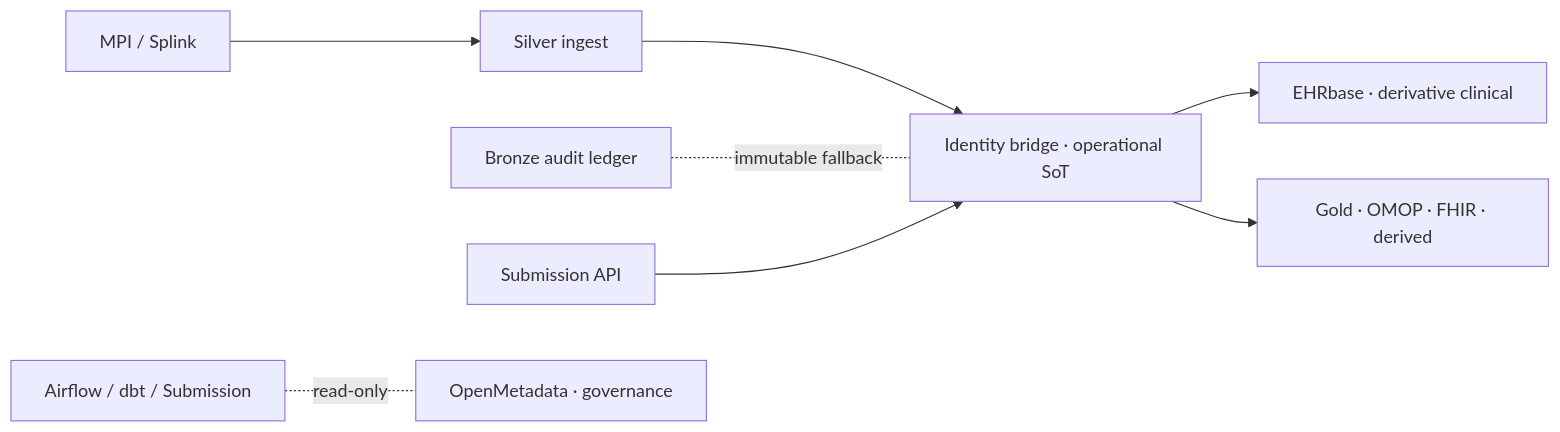
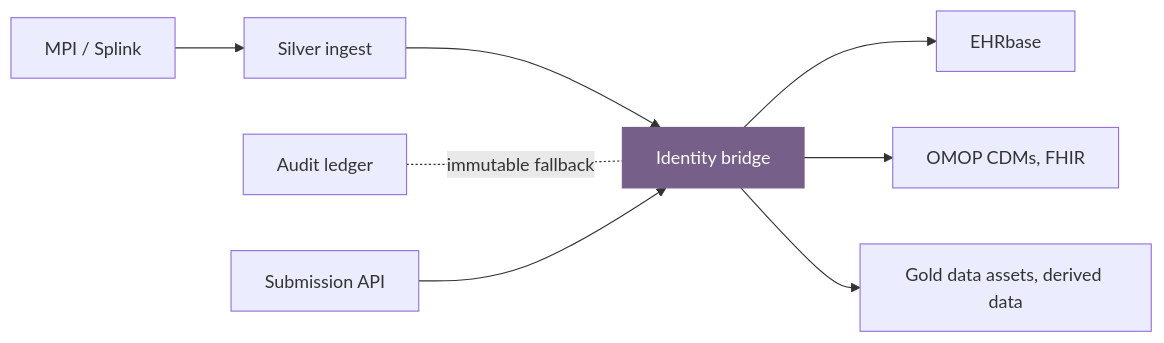
One commit to PedroMTQ/data_architecture_blueprint changed the diagram in slides/pages/07_data_linking.md. Above: the diagram before and after it, drawn with Mermaid. The commit also changed other lines of this file and 5 other files, not shown here.

````diff
--- a/slides/pages/07_data_linking.md
+++ b/slides/pages/07_data_linking.md
@@ -27,10 +27,12 @@
 ```mermaid
 flowchart LR
   MPI[MPI / Splink] --> Ingest[Silver ingest]
-  Ingest --> Bridge[Identity bridge · operational SoT]
-  Ledger[Bronze audit ledger] -.immutable fallback.- Bridge
-  Bridge --> EHR[EHRbase · derivative clinical]
-  Bridge --> Gold[Gold · OMOP · FHIR · derived]
+  Ingest --> Bridge[Identity bridge]
+  Ledger[Audit ledger] -.immutable fallback.- Bridge
+  Bridge --> EHR[EHRbase]
+  Bridge --> Omop[OMOP CDMs, FHIR]
+  Bridge --> Gold[Gold data assets, derived data]
   Sub[Submission API] --> Bridge
-  Pipelines[Airflow / dbt / Submission] -.read-only.- OM[OpenMetadata · governance]
+
+  style Bridge fill:#76608A,stroke:#76608A,color:#fff
 ```
````
